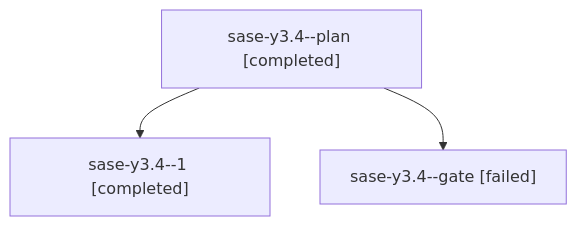
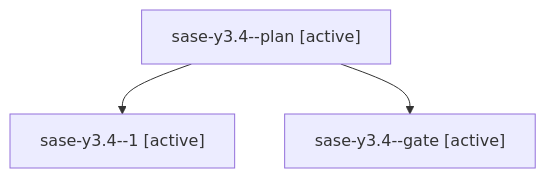
One commit to sase-org/sase--agents changed the diagram in families/bbugyi200.athena.sase-y3.4.md. Above: the diagram before and after it, drawn with Mermaid. The commit also changed other lines of this file and 35830 other files, not shown here.

````diff
--- a/families/bbugyi200.athena.sase-y3.4.md
+++ b/families/bbugyi200.athena.sase-y3.4.md
@@ -9,8 +9,8 @@
 ```mermaid
 flowchart TD
-  n0["sase-y3.4--plan [completed]"]
-  n1["sase-y3.4--1 [completed]"]
+  n0["sase-y3.4--plan [active]"]
+  n1["sase-y3.4--1 [active]"]
   n0 --> n1
-  n2["sase-y3.4--gate [failed]"]
+  n2["sase-y3.4--gate [active]"]
   n0 --> n2
 ```
````
